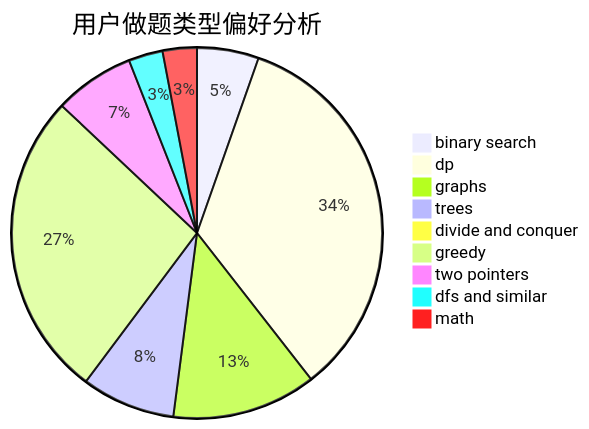
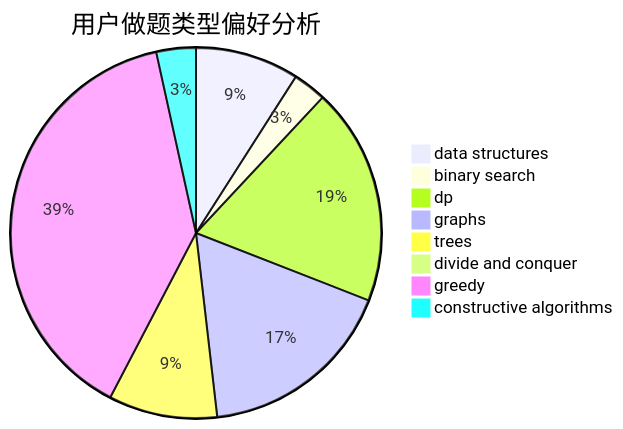
The second of 3 diagrams in docs/user/u2221.md (sherpahu/cfrs.github.io), drawn with Mermaid before and after one commit. The commit also changed other lines of this file and 2775 other files, not shown here.

````diff
--- a/docs/user/u2221.md
+++ b/docs/user/u2221.md
@@ -23,12 +23,11 @@
 ```mermaid
 pie title 用户做题类型偏好分析
-    "binary search" :  83
-    "dp" :  525
-    "graphs" :  194
-    "trees" :  126
+    "data structures" :  84
+    "binary search" :  27
+    "dp" :  176
+    "graphs" :  160
+    "trees" :  88
     "divide and conquer" :  1
-    "greedy" :  413
-    "two pointers" :  108
-    "dfs and similar" :  46
-    "math" :  46
+    "greedy" :  361
+    "constructive algorithms" :  32
 ```
````
